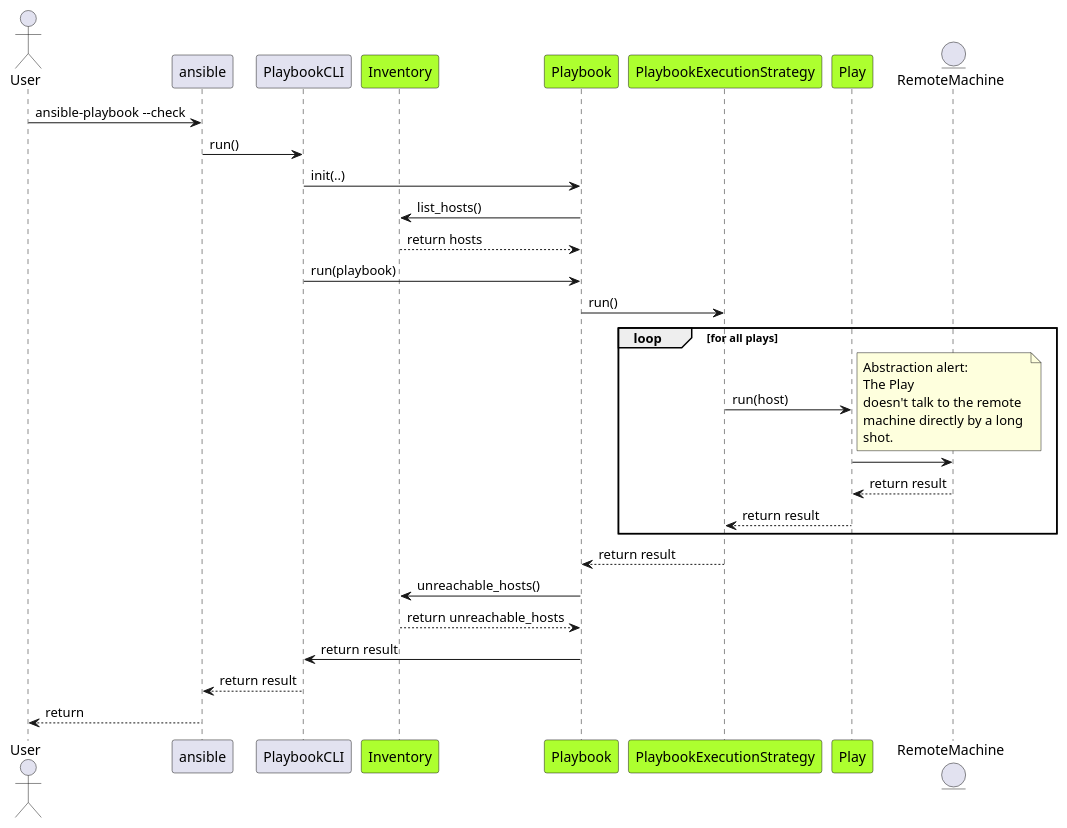
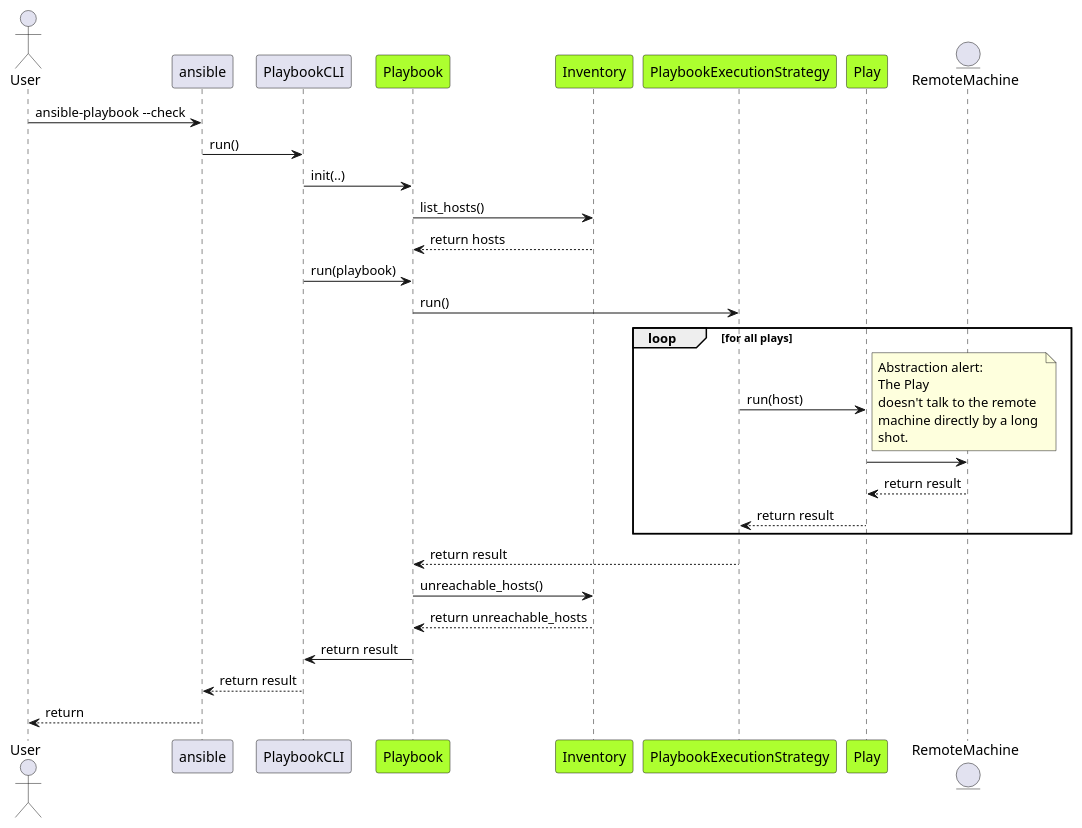
The diagram in project/uml/SequenceDiagram/DryRun_Revised.puml (ezequiels/nazz), drawn with PlantUML before and after one commit. The commit also changed other lines of this file and 1 other file, not shown here.

Commit message:
Move CLI sequence diagrams to different folder. Update domain diagrams.

```diff
--- a/project/uml/SequenceDiagram/DryRun_Revised.puml
+++ b/project/uml/SequenceDiagram/DryRun_Revised.puml
@@ -1,30 +1,30 @@
 @startuml
 actor User
 User->ansible:ansible-playbook --check
 ansible->PlaybookCLI: run()
+participant Playbook #GreenYellow
 participant Inventory #GreenYellow
-participant Playbook #GreenYellow
 PlaybookCLI->Playbook:init(..)
 Playbook->Inventory: list_hosts()
 Playbook<--Inventory: return hosts
 participant PlaybookExecutionStrategy #GreenYellow
 PlaybookCLI->Playbook:run(playbook)
 Playbook->PlaybookExecutionStrategy:run()
 
 participant Play #GreenYellow
 loop for all plays
     PlaybookExecutionStrategy->Play:run(host)
     entity RemoteMachine
     note right: Abstraction alert: \nThe Play \ndoesn't talk to the remote \nmachine directly by a long \nshot.
     Play->RemoteMachine
     RemoteMachine-->Play: return result
     Play-->PlaybookExecutionStrategy: return result
 end
 PlaybookExecutionStrategy-->Playbook: return result
 Playbook->Inventory: unreachable_hosts()
 Inventory-->Playbook: return unreachable_hosts
 Playbook->PlaybookCLI: return result
 PlaybookCLI-->ansible: return result
 ansible-->User: return
 
 @enduml
```
